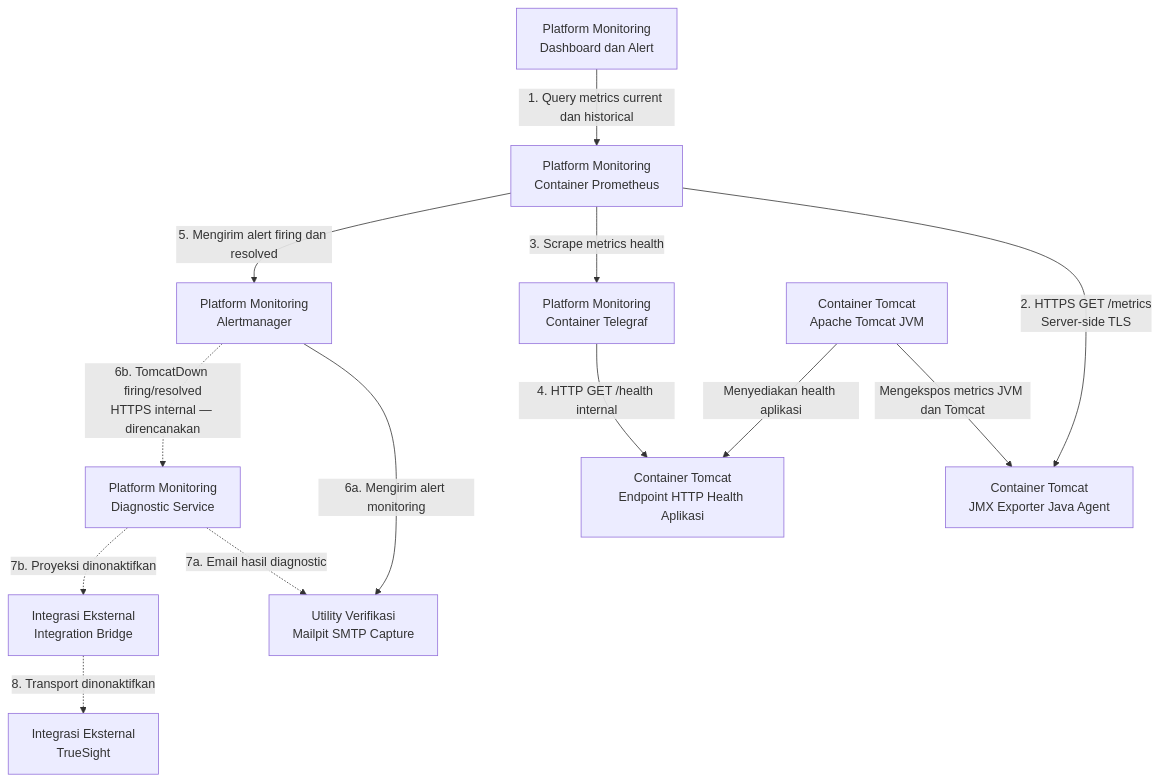
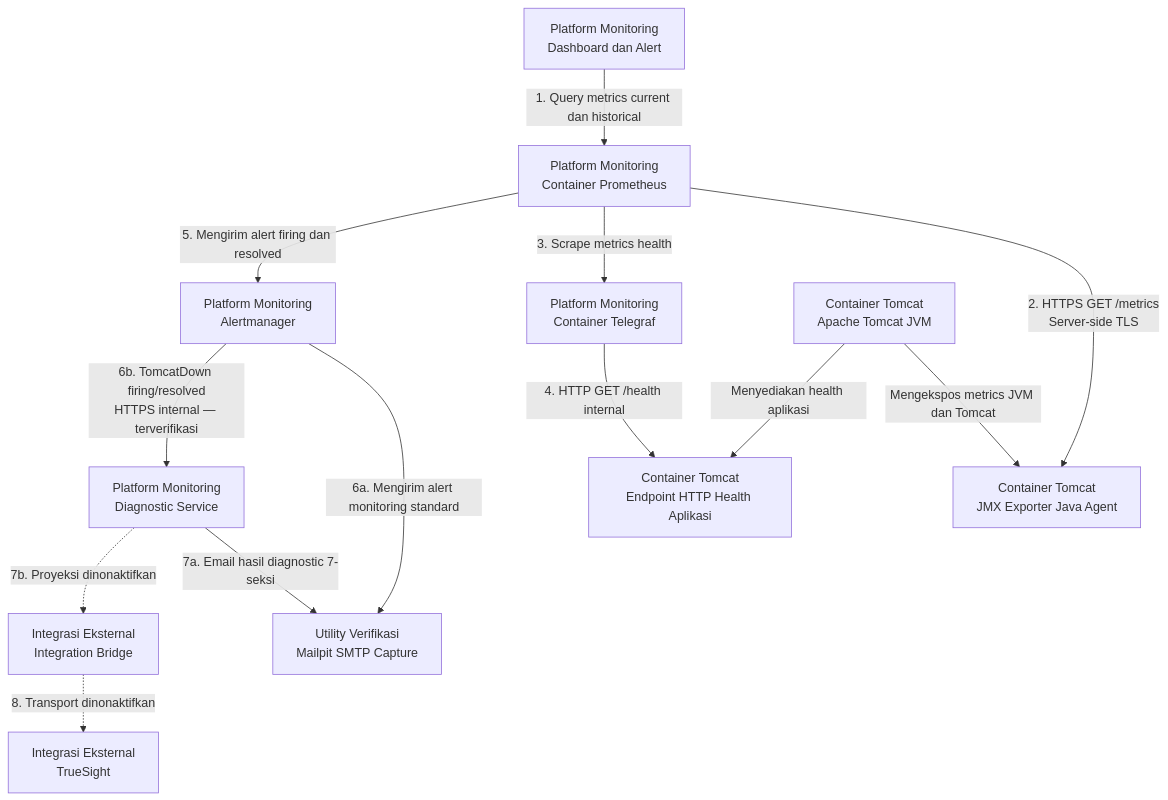
One commit to edkas07-oss/devops-handbook changed the first of 3 diagrams in docs/projects/tomcat-monitoring/architecture/index.md. Above: the diagram before and after it, drawn with Mermaid. The commit also changed other lines of this file and 8 other files, not shown here.

Commit message:
docs(tn-020): consolidate diagnostic mvp portfolio and plan next monitoring platform phase

````diff
--- a/docs/projects/tomcat-monitoring/architecture/index.md
+++ b/docs/projects/tomcat-monitoring/architecture/index.md
@@ -25,32 +25,32 @@
 ```mermaid
 flowchart TB
     DB["Platform Monitoring<br/>Dashboard dan Alert"]
     PM["Platform Monitoring<br/>Container Prometheus"]
     TG["Platform Monitoring<br/>Container Telegraf"]
     AM["Platform Monitoring<br/>Alertmanager"]
 
     TC["Container Tomcat<br/>Apache Tomcat JVM"]
     JM["Container Tomcat<br/>JMX Exporter Java Agent"]
     APP["Container Tomcat<br/>Endpoint HTTP Health Aplikasi"]
 
     NC["Utility Verifikasi<br/>Mailpit SMTP Capture"]
     DS["Platform Monitoring<br/>Diagnostic Service"]
     BR["Integrasi Eksternal<br/>Integration Bridge"]
     TS["Integrasi Eksternal<br/>TrueSight"]
 
     DB -->|"1. Query metrics current dan historical"| PM
 
     PM -->|"2. HTTPS GET /metrics<br/>Server-side TLS"| JM
     TC -->|"Mengekspos metrics JVM dan Tomcat"| JM
 
     PM -->|"3. Scrape metrics health"| TG
     TG -->|"4. HTTP GET /health internal"| APP
     TC -->|"Menyediakan health aplikasi"| APP
 
     PM -->|"5. Mengirim alert firing dan resolved"| AM
-    AM -->|"6a. Mengirim alert monitoring"| NC
-    AM -.->|"6b. TomcatDown firing/resolved<br/>HTTPS internal — direncanakan"| DS
-    DS -.->|"7a. Email hasil diagnostic"| NC
+    AM -->|"6a. Mengirim alert monitoring standard"| NC
+    AM -->|"6b. TomcatDown firing/resolved<br/>HTTPS internal — terverifikasi"| DS
+    DS -->|"7a. Email hasil diagnostic 7-seksi"| NC
     DS -.->|"7b. Proyeksi dinonaktifkan"| BR
     BR -.->|"8. Transport dinonaktifkan"| TS
 ```
````
